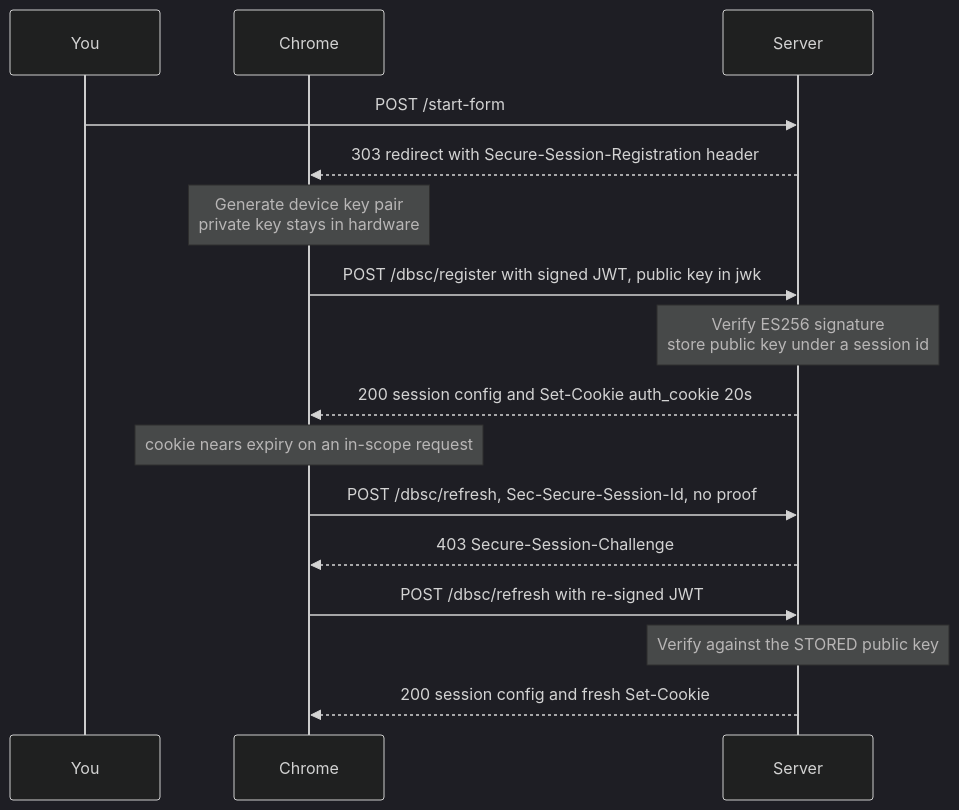
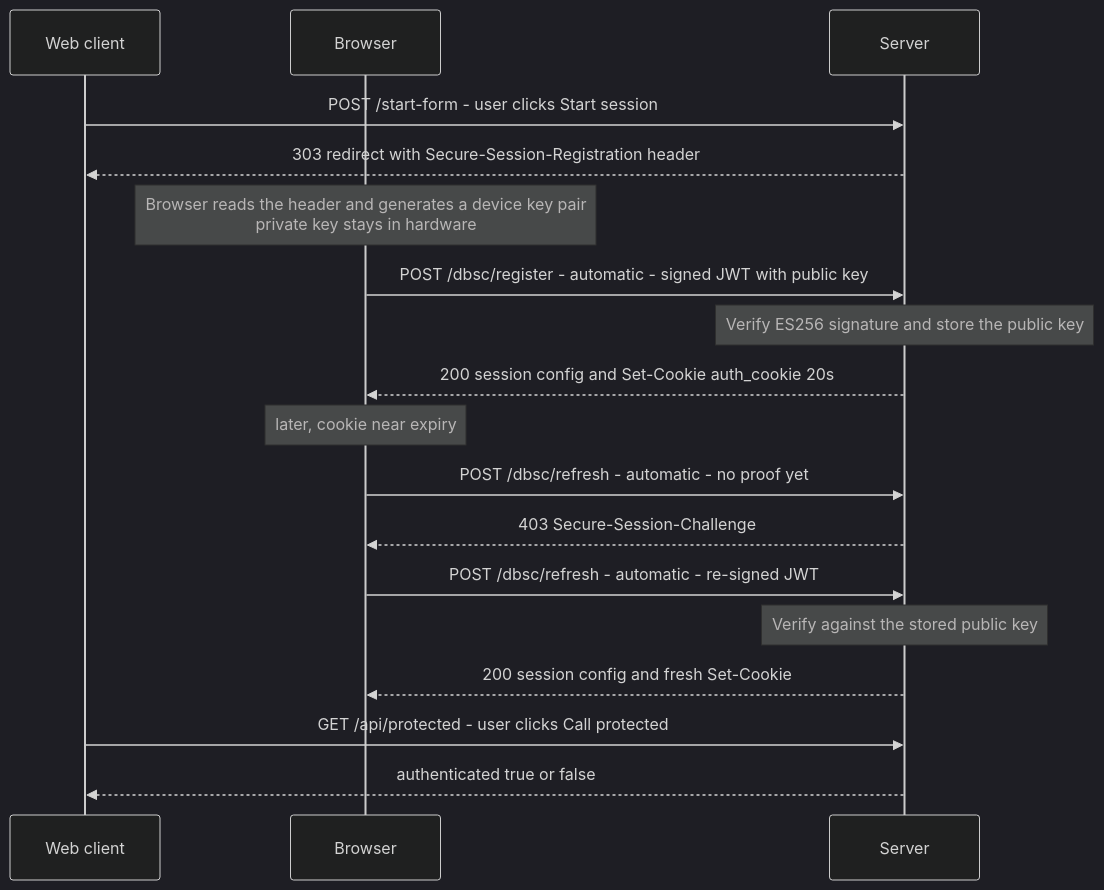
Before and after one commit to Alzayady/dbsc: the diagram in README.md, drawn with Mermaid (dark theme). The commit also changed other lines of this file and 1 other file, not shown here.

Commit message:
Simplify: 3-participant diagram (Web client/Browser/Server), drop extra protected button, trim logging

````diff
--- a/README.md
+++ b/README.md
@@ -47,19 +50,21 @@
 ```mermaid
 sequenceDiagram
-    participant U as You
-    participant B as Chrome
+    participant W as Web client
+    participant B as Browser
     participant S as Server
 
-    U->>S: POST /start-form
-    S-->>B: 303 redirect with Secure-Session-Registration header
-    Note over B: Generate device key pair<br/>private key stays in hardware
-    B->>S: POST /dbsc/register with signed JWT, public key in jwk
-    Note over S: Verify ES256 signature<br/>store public key under a session id
+    W->>S: POST /start-form - user clicks Start session
+    S-->>W: 303 redirect with Secure-Session-Registration header
+    Note over B: Browser reads the header and generates a device key pair<br/>private key stays in hardware
+    B->>S: POST /dbsc/register - automatic - signed JWT with public key
+    Note over S: Verify ES256 signature and store the public key
     S-->>B: 200 session config and Set-Cookie auth_cookie 20s
-    Note over B: cookie nears expiry on an in-scope request
-    B->>S: POST /dbsc/refresh, Sec-Secure-Session-Id, no proof
+    Note over B: later, cookie near expiry
+    B->>S: POST /dbsc/refresh - automatic - no proof yet
     S-->>B: 403 Secure-Session-Challenge
-    B->>S: POST /dbsc/refresh with re-signed JWT
-    Note over S: Verify against the STORED public key
+    B->>S: POST /dbsc/refresh - automatic - re-signed JWT
+    Note over S: Verify against the stored public key
     S-->>B: 200 session config and fresh Set-Cookie
+    W->>S: GET /api/protected - user clicks Call protected
+    S-->>W: authenticated true or false
 ```
````
